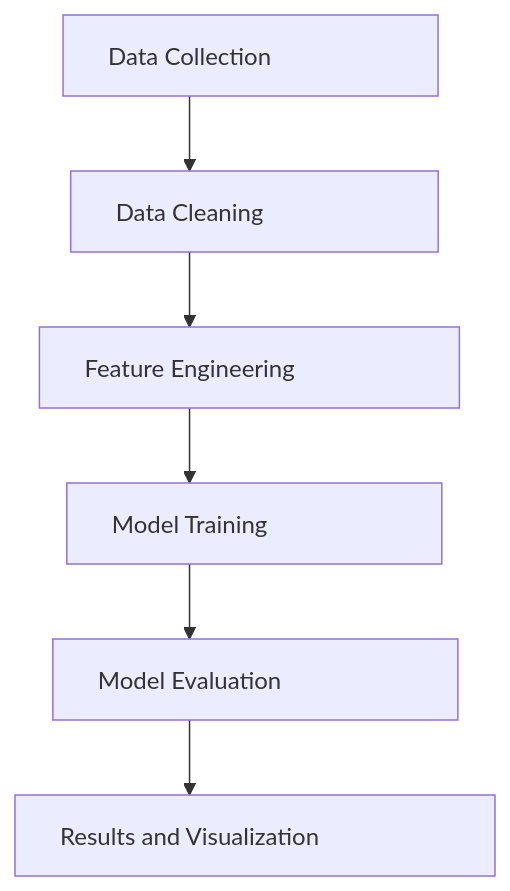
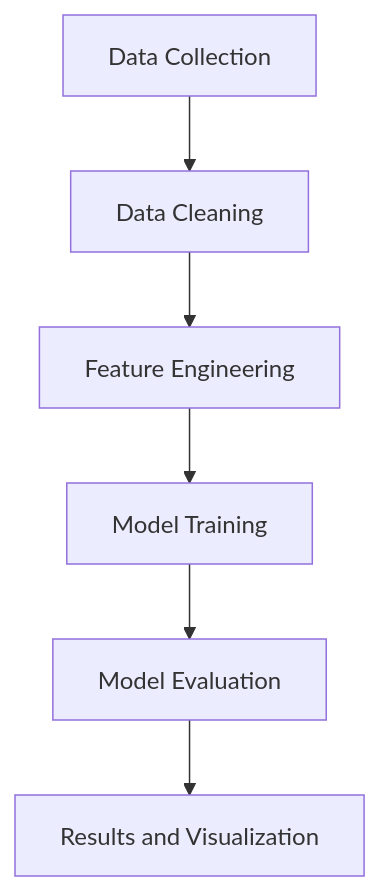
One commit to MarcoZengg/predicting-stock-direction changed the diagram in README.md. Above: the diagram before and after it, drawn with Mermaid.

````diff
--- a/README.md
+++ b/README.md
@@ -105,15 +105,9 @@
 ```mermaid
 flowchart TB
   data["Data Collection"]
     --> cleaning["Data Cleaning"]
     --> features["Feature Engineering"]
     --> models["Model Training"]
     --> evaluation["Model Evaluation"]
     --> results["Results and Visualization"]
-  style data width:250px
-  style cleaning width:245px
-  style features width:280px
-  style models width:250px
-  style evaluation width:270px
-  style results width:320px
 ```
````
